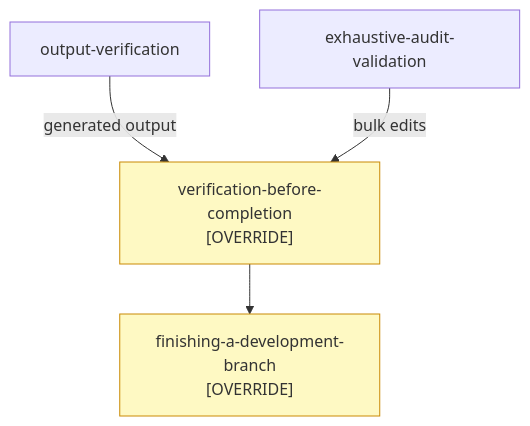
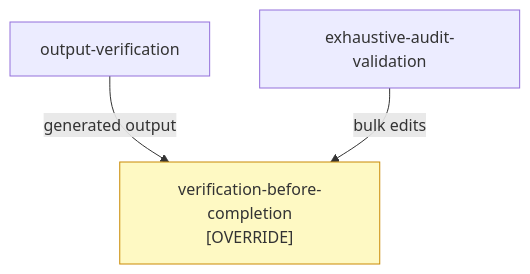
One commit to bordenet/superpowers-plus changed the third of 6 diagrams in docs/SKILL_TAXONOMY.md. Above: the diagram before and after it, drawn with Mermaid. The commit also changed other lines of this file and 8 other files, not shown here.

````diff
--- a/docs/SKILL_TAXONOMY.md
+++ b/docs/SKILL_TAXONOMY.md
@@ -161,13 +129,11 @@
 ```mermaid
 flowchart TD
     classDef ovrd fill:#fef9c3,stroke:#ca8a04
 
     OV[output-verification]
     EAV[exhaustive-audit-validation]
     VBC["verification-before-completion<br/>[OVERRIDE]"]:::ovrd
-    FDAB["finishing-a-development-branch<br/>[OVERRIDE]"]:::ovrd
 
     OV -->|generated output| VBC
     EAV -->|bulk edits| VBC
-    VBC --> FDAB
 ```
````
